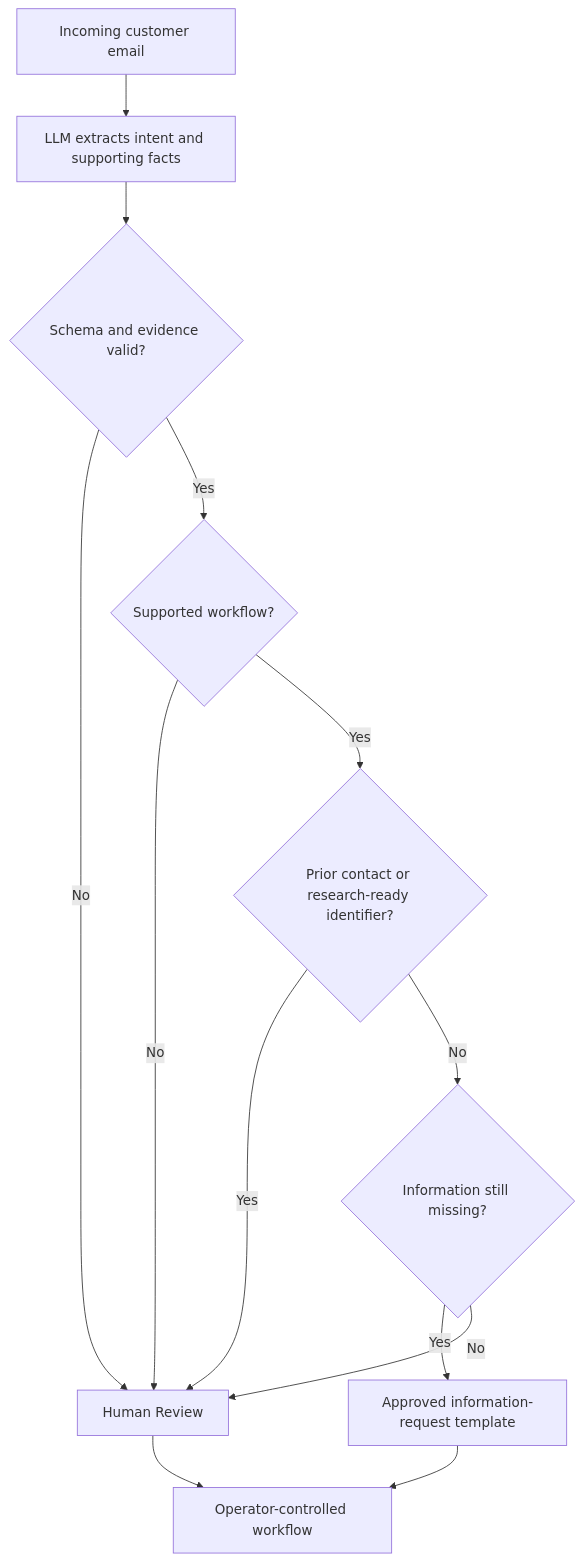
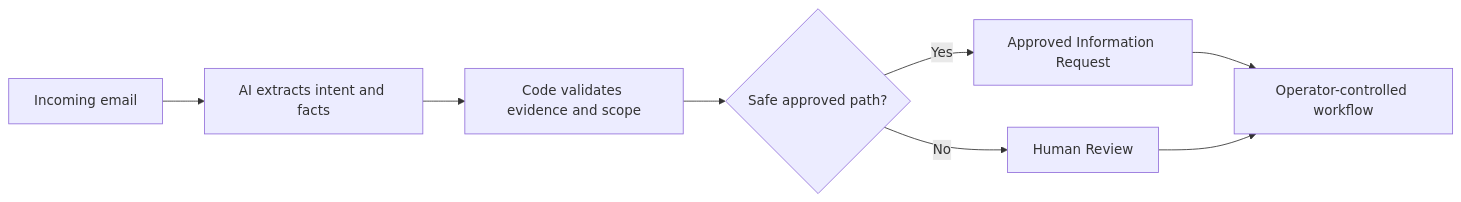
The diagram in README.md (mideaborowa/governed-ai-email-workflow), drawn with Mermaid before and after one commit. The commit also changed other lines of this file and 1 other file, not shown here.

````diff
--- a/README.md
+++ b/README.md
@@ -45,15 +67,10 @@
 ```mermaid
-flowchart TD
-    A[Incoming customer email] --> B[LLM extracts intent and supporting facts]
-    B --> C{Schema and evidence valid?}
-    C -- No --> H[Human Review]
-    C -- Yes --> D{Supported workflow?}
-    D -- No --> H
-    D -- Yes --> E{Prior contact or research-ready identifier?}
-    E -- Yes --> H
-    E -- No --> F{Information still missing?}
-    F -- Yes --> T[Approved information-request template]
-    F -- No --> H
-    T --> G[Operator-controlled workflow]
-    H --> G
+flowchart LR
+    A[Incoming email] --> B[AI extracts intent and facts]
+    B --> C[Code validates evidence and scope]
+    C --> D{Safe approved path?}
+    D -- Yes --> E[Approved Information Request]
+    D -- No --> F[Human Review]
+    E --> G[Operator-controlled workflow]
+    F --> G
 ```
````
